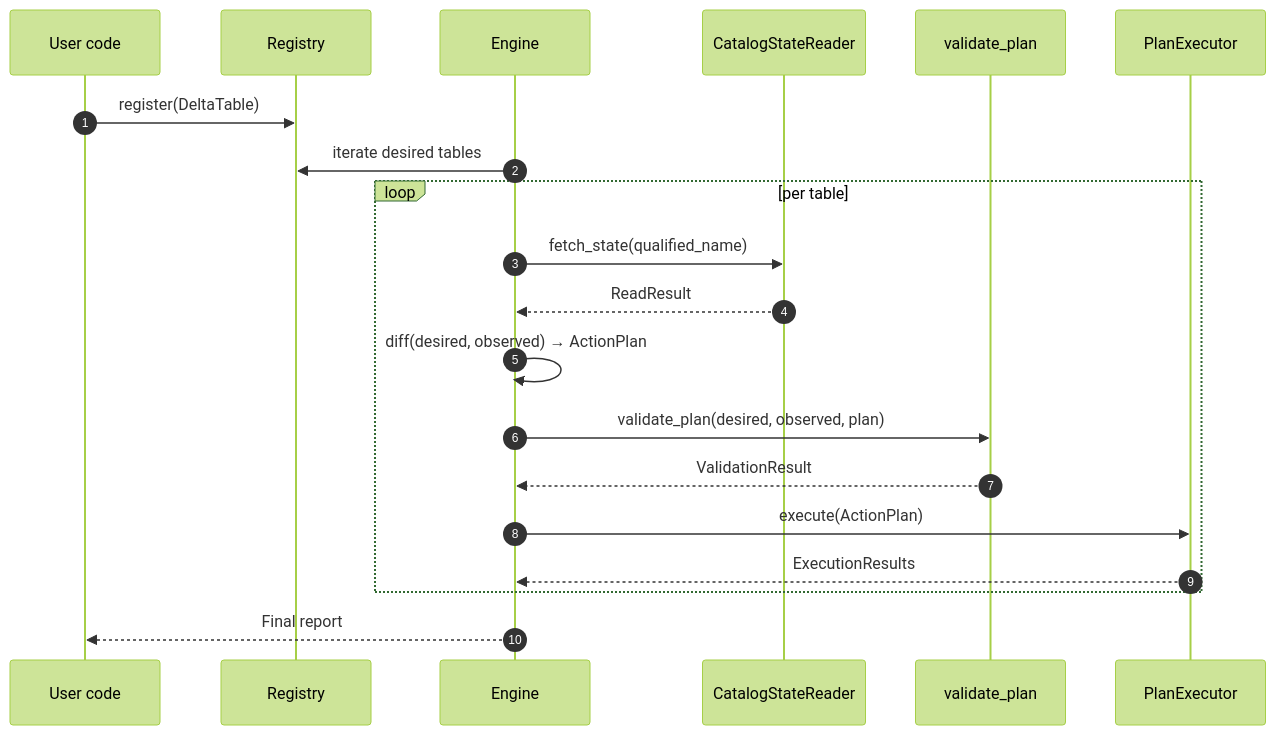
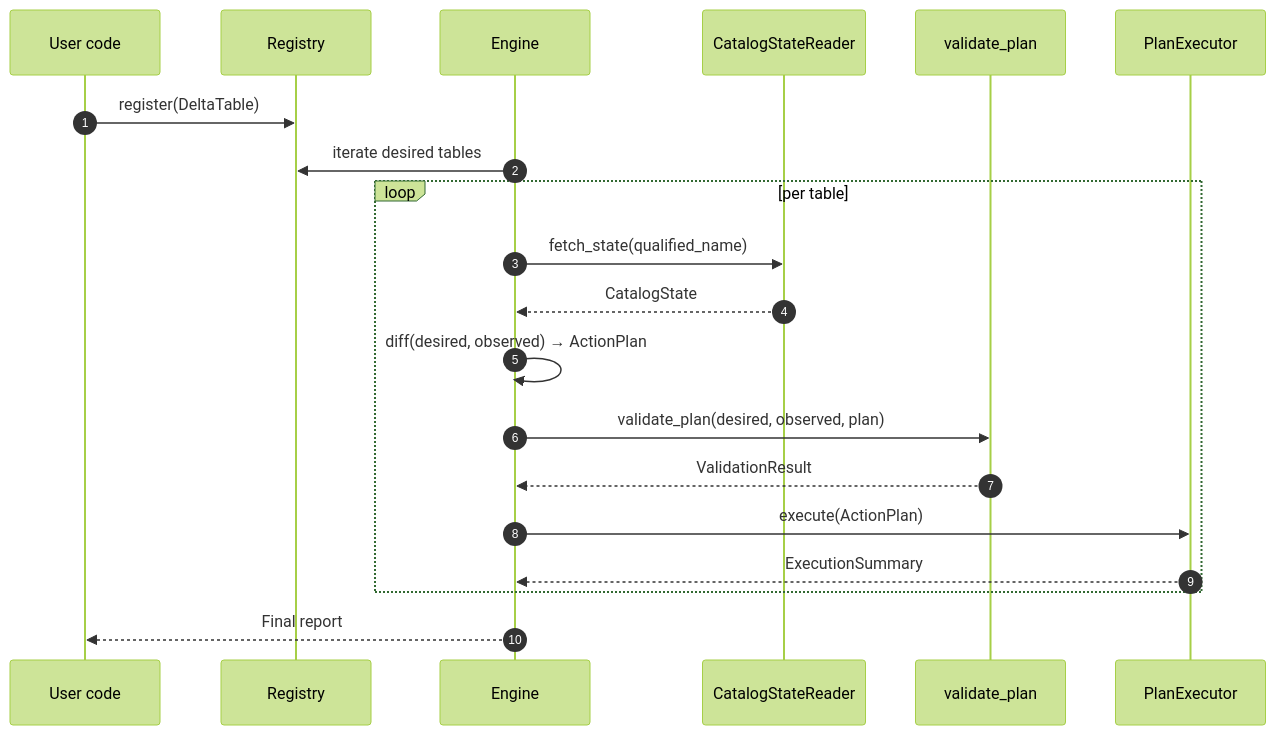
Before and after one commit to Tomoscorbin/delta-engine: the second of 3 diagrams in docs/architecture.md, drawn with Mermaid (forest theme). The commit also changed 13 other files, not shown here.

First line of the commit message:
refactor: model read as CatalogState sum; give execution an ExecutionSummary

````diff
--- a/docs/architecture.md
+++ b/docs/architecture.md
@@ -65,26 +65,26 @@
 ```mermaid
 sequenceDiagram
     autonumber
     participant U as User code
     participant R as Registry
     participant E as Engine
     participant CR as CatalogStateReader
     participant V as validate_plan
     participant X as PlanExecutor
 
     U->>R: register(DeltaTable)
     E->>R: iterate desired tables
 
     loop per table
         E->>CR: fetch_state(qualified_name)
-        CR-->>E: ReadResult
+        CR-->>E: CatalogState
         E->>E: diff(desired, observed) → ActionPlan
         E->>V: validate_plan(desired, observed, plan)
         V-->>E: ValidationResult
         E->>X: execute(ActionPlan)
-        X-->>E: ExecutionResults
+        X-->>E: ExecutionSummary
     end
 
     E-->>U: Final report
 
 ```
````
